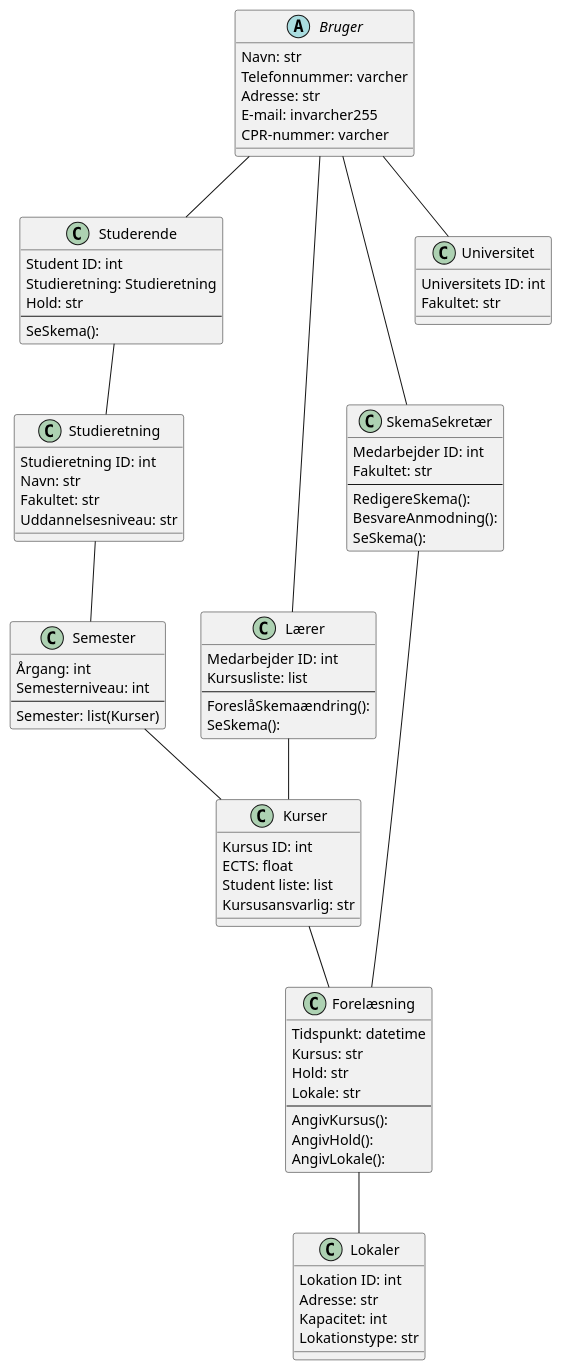
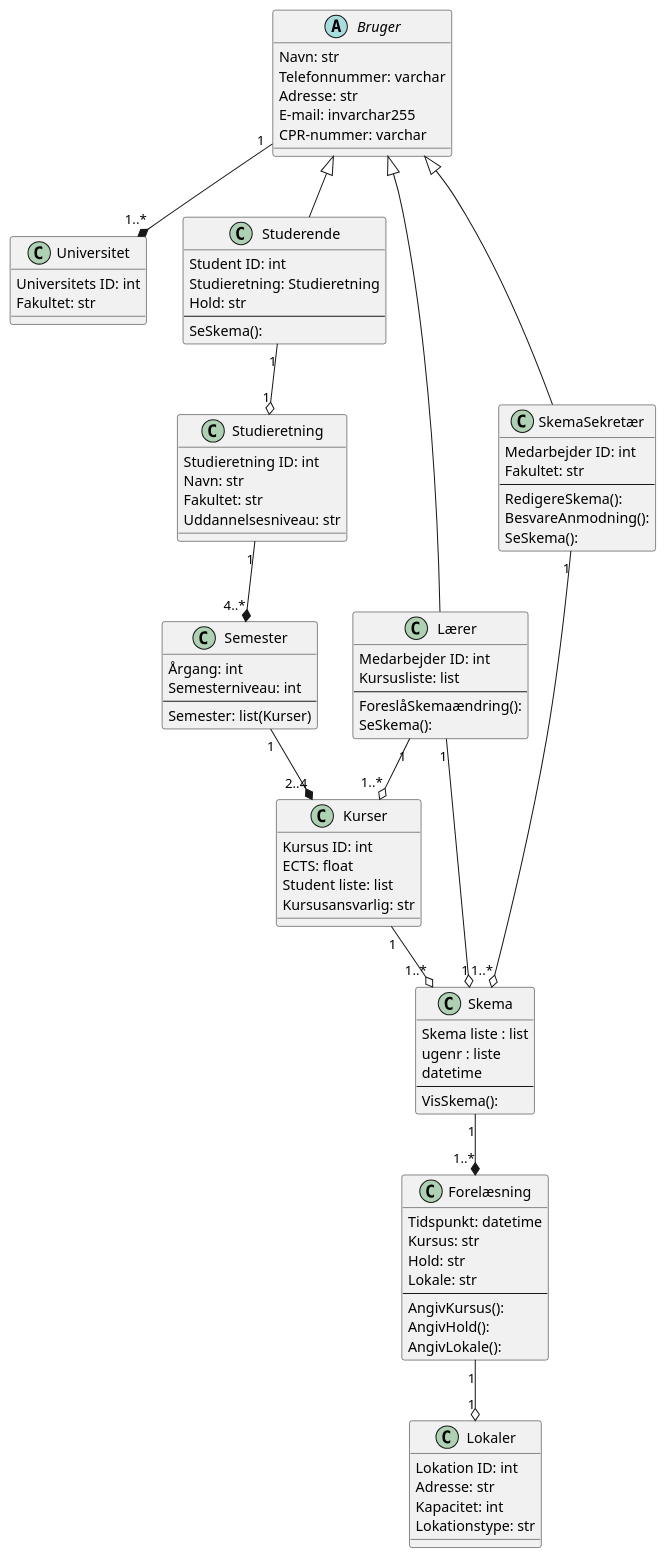
The diagram in ClassDiagram udkast 2.puml (MadsSchroder/Systemudvikling-Eksamen-KU), drawn with PlantUML before and after one commit.

Commit message:
Opdateret udkast CD 2

```diff
--- a/ClassDiagram udkast 2.puml
+++ b/ClassDiagram udkast 2.puml
@@ -1,83 +1,93 @@
 @startuml
 
-Bruger -- Studerende
-Bruger -- SkemaSekretær
-Bruger -- Lærer
-Bruger -- Universitet
-Studerende -- Studieretning
-Studieretning -- Semester
-Semester -- Kurser
-Kurser -- Forelæsning
-Forelæsning -- Lokaler
-Lærer -- Kurser
-SkemaSekretær -- Forelæsning
+Bruger"1" --* "1..*" Universitet
+Bruger <|-- Studerende
+Bruger <|-- Lærer
+Bruger <|-- SkemaSekretær
+Studerende"1" --o "1" Studieretning
+Studieretning"1" --* "4..*" Semester
+Semester"1" --* "2..4" Kurser
+Lærer"1" --o "1..*" Kurser
+Kurser"1" --o "1..*" Skema
+SkemaSekretær"1" --o "1..*" Skema
+Lærer"1" --o "1" Skema
+Skema"1" --* "1..*" Forelæsning
+Forelæsning"1" --o "1" Lokaler
+
 
 abstract class Bruger{
     Navn: str
-    Telefonnummer: varcher
+    Telefonnummer: varchar
     Adresse: str
-    E-mail: invarcher255
-    CPR-nummer: varcher
+    E-mail: invarchar255
+    CPR-nummer: varchar
     }
 class Studerende{
     Student ID: int
     Studieretning: Studieretning
     Hold: str
     --
     SeSkema():
     }
 class SkemaSekretær{
     Medarbejder ID: int
     Fakultet: str
     --
     RedigereSkema():
     BesvareAnmodning():
     SeSkema():
     }
 class Universitet{
     Universitets ID: int
     Fakultet: str
     }
 class Lærer{
     Medarbejder ID: int
     Kursusliste: list
     --
     ForeslåSkemaændring():
     SeSkema():
     }
 class Lokaler{
     Lokation ID: int
     Adresse: str
     Kapacitet: int
     Lokationstype: str
     }
 class Kurser{
     Kursus ID: int
     ECTS: float
     Student liste: list
     Kursusansvarlig: str
     }
+class Skema{
+    Skema liste : list
+    ugenr : liste
+    datetime
+    --
+    VisSkema():
+    }
 class Forelæsning{
     Tidspunkt: datetime
     Kursus: str
     Hold: str
     Lokale: str
     --
     AngivKursus():
     AngivHold():
     AngivLokale():
     }
 class Semester{
     Årgang: int
     Semesterniveau: int
     --
     Semester: list(Kurser)
     }
 class Studieretning{
     Studieretning ID: int
     Navn: str
     Fakultet: str
     Uddannelsesniveau: str
     }
 
 @enduml
```
